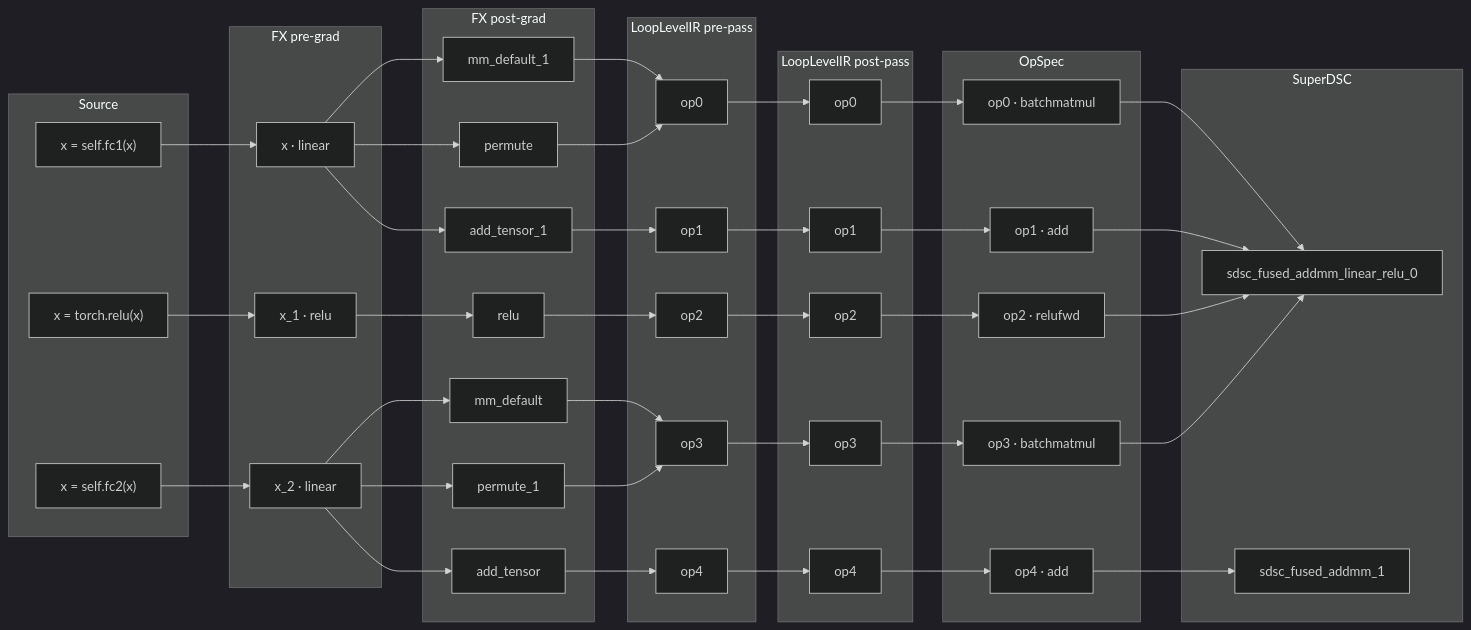
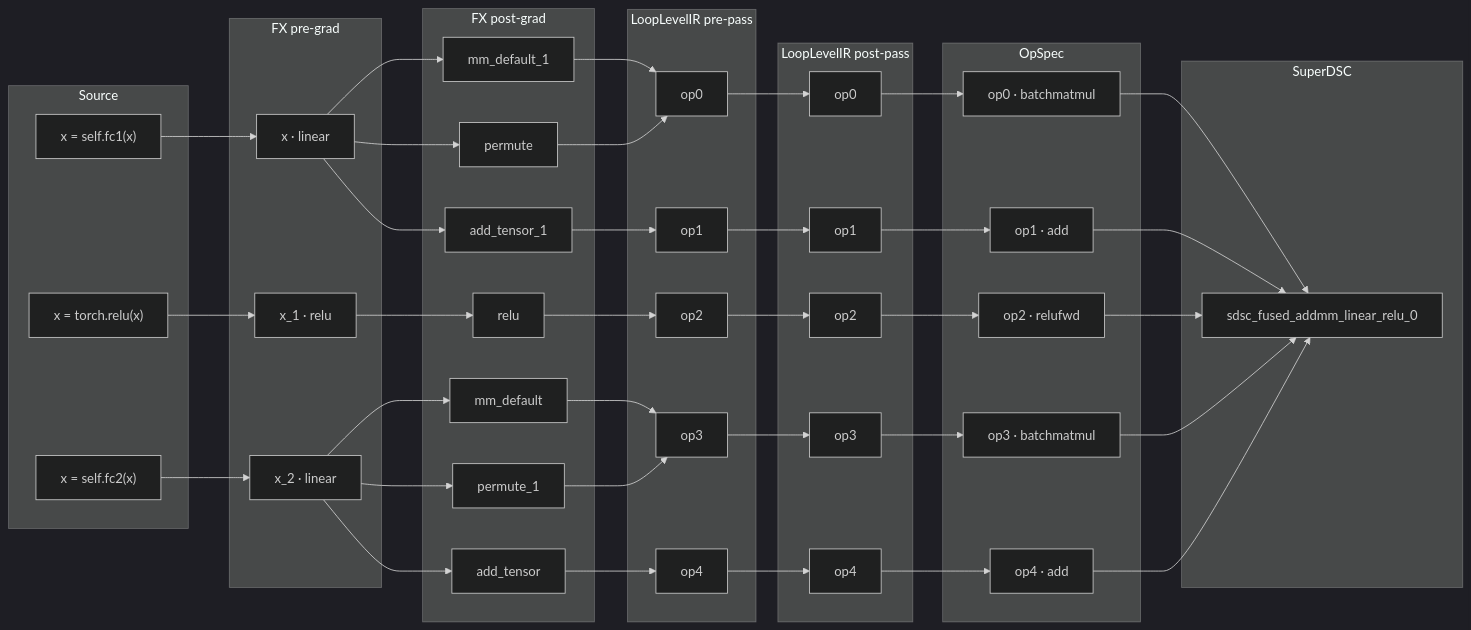
Before and after one commit to gsmoon97/torch-spyre: the diagram in docs/source/user_guide/examples/provenance/provenance_audit.md, drawn with Mermaid (dark theme). The commit also changed other lines of this file and 6 other files, not shown here.

````diff
--- a/docs/source/user_guide/examples/provenance/provenance_audit.md
+++ b/docs/source/user_guide/examples/provenance/provenance_audit.md
@@ -11,79 +13,78 @@
 ```mermaid
 flowchart LR
   subgraph src_sg["Source"]
     src_x___self_fc1_x_["x = self.fc1(x)"]
     src_x___self_fc2_x_["x = self.fc2(x)"]
     src_x___torch_relu_x_["x = torch.relu(x)"]
   end
   subgraph pg_sg["FX pre-grad"]
     pg_x["x · linear"]
     pg_x_1["x_1 · relu"]
     pg_x_2["x_2 · linear"]
   end
   subgraph post_sg["FX post-grad"]
     post_permute["permute"]
     post_mm_default_1["mm_default_1"]
     post_add_tensor_1["add_tensor_1"]
     post_relu["relu"]
     post_permute_1["permute_1"]
     post_mm_default["mm_default"]
     post_add_tensor["add_tensor"]
   end
   subgraph lpre_sg["LoopLevelIR pre-pass"]
     lpre_op0["op0"]
     lpre_op1["op1"]
     lpre_op2["op2"]
     lpre_op3["op3"]
     lpre_op4["op4"]
   end
   subgraph lpost_sg["LoopLevelIR post-pass"]
     lpost_op0["op0"]
     lpost_op1["op1"]
     lpost_op2["op2"]
     lpost_op3["op3"]
     lpost_op4["op4"]
   end
   subgraph ops_sg["OpSpec"]
     ops_op0["op0 · batchmatmul"]
     ops_op1["op1 · add"]
     ops_op2["op2 · relufwd"]
     ops_op3["op3 · batchmatmul"]
     ops_op4["op4 · add"]
   end
   subgraph sd_sg["SuperDSC"]
     sd_sdsc_fused_addmm_linear_relu_0["sdsc_fused_addmm_linear_relu_0"]
-    sd_sdsc_fused_addmm_1["sdsc_fused_addmm_1"]
   end
   src_x___self_fc1_x_ --> pg_x
   src_x___torch_relu_x_ --> pg_x_1
   src_x___self_fc2_x_ --> pg_x_2
   pg_x --> post_permute
   pg_x --> post_mm_default_1
   pg_x --> post_add_tensor_1
   pg_x_1 --> post_relu
   pg_x_2 --> post_permute_1
   pg_x_2 --> post_mm_default
   pg_x_2 --> post_add_tensor
   post_mm_default_1 --> lpre_op0
   post_permute --> lpre_op0
   post_add_tensor_1 --> lpre_op1
   post_relu --> lpre_op2
   post_mm_default --> lpre_op3
   post_permute_1 --> lpre_op3
   post_add_tensor --> lpre_op4
   lpre_op0 --> lpost_op0
   lpre_op1 --> lpost_op1
   lpre_op2 --> lpost_op2
   lpre_op3 --> lpost_op3
   lpre_op4 --> lpost_op4
   lpost_op0 --> ops_op0
   lpost_op1 --> ops_op1
   lpost_op2 --> ops_op2
   lpost_op3 --> ops_op3
   lpost_op4 --> ops_op4
   ops_op0 --> sd_sdsc_fused_addmm_linear_relu_0
   ops_op1 --> sd_sdsc_fused_addmm_linear_relu_0
   ops_op2 --> sd_sdsc_fused_addmm_linear_relu_0
   ops_op3 --> sd_sdsc_fused_addmm_linear_relu_0
-  ops_op4 --> sd_sdsc_fused_addmm_1
+  ops_op4 --> sd_sdsc_fused_addmm_linear_relu_0
 ```
````
